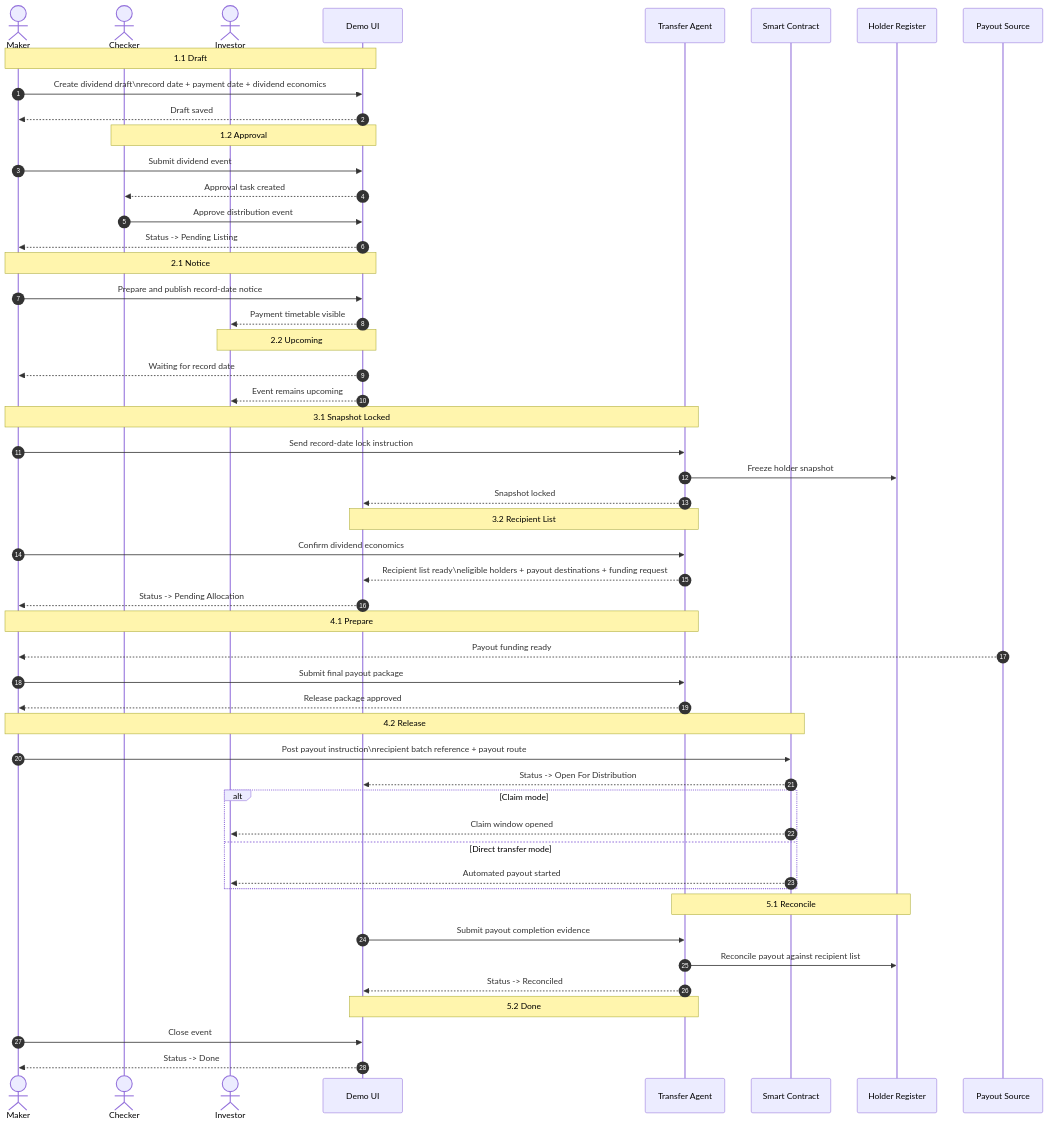
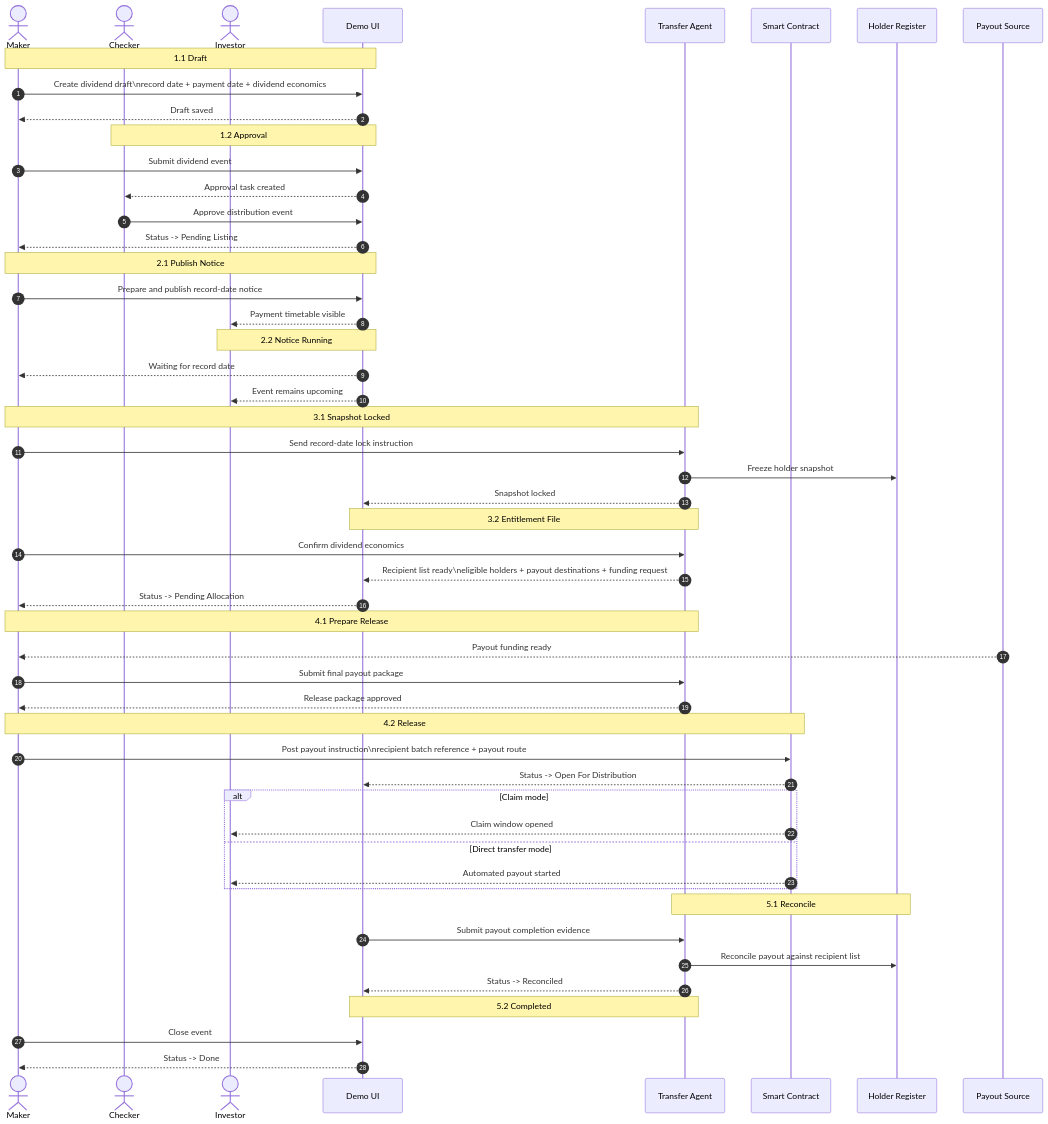
The fifth of 6 diagrams in 05_Architecture/Diagrams/ARCH - Fund Lifecycle Sequence Diagrams.md (JohnLiuSCIE/fund-rwa-demo), drawn with Mermaid before and after one commit. The commit also changed other lines of this file and 3 other files, not shown here.

Commit message:
Align fund workflow sequence diagrams

````diff
--- a/05_Architecture/Diagrams/ARCH - Fund Lifecycle Sequence Diagrams.md
+++ b/05_Architecture/Diagrams/ARCH - Fund Lifecycle Sequence Diagrams.md
@@ -284,63 +283,63 @@
 ```mermaid
 sequenceDiagram
     autonumber
     actor Maker as Maker
     actor Checker as Checker
     actor Investor as Investor
     participant UI as Demo UI
     participant TA as Transfer Agent
     participant Chain as Smart Contract
     participant Register as Holder Register
     participant Treasury as Payout Source
 
     note over Maker,UI: 1.1 Draft
     Maker->>UI: Create dividend draft\nrecord date + payment date + dividend economics
     UI-->>Maker: Draft saved
 
     note over Checker,UI: 1.2 Approval
     Maker->>UI: Submit dividend event
     UI-->>Checker: Approval task created
     Checker->>UI: Approve distribution event
     UI-->>Maker: Status -> Pending Listing
 
-    note over Maker,UI: 2.1 Notice
+    note over Maker,UI: 2.1 Publish Notice
     Maker->>UI: Prepare and publish record-date notice
     UI-->>Investor: Payment timetable visible
 
-    note over UI,Investor: 2.2 Upcoming
+    note over UI,Investor: 2.2 Notice Running
     UI-->>Maker: Waiting for record date
     UI-->>Investor: Event remains upcoming
 
     note over Maker,TA: 3.1 Snapshot Locked
     Maker->>TA: Send record-date lock instruction
     TA->>Register: Freeze holder snapshot
     TA-->>UI: Snapshot locked
 
-    note over TA,UI: 3.2 Recipient List
+    note over TA,UI: 3.2 Entitlement File
     Maker->>TA: Confirm dividend economics
     TA-->>UI: Recipient list ready\neligible holders + payout destinations + funding request
     UI-->>Maker: Status -> Pending Allocation
 
-    note over Maker,TA: 4.1 Prepare
+    note over Maker,TA: 4.1 Prepare Release
     Treasury-->>Maker: Payout funding ready
     Maker->>TA: Submit final payout package
     TA-->>Maker: Release package approved
 
     note over Maker,Chain: 4.2 Release
     Maker->>Chain: Post payout instruction\nrecipient batch reference + payout route
     Chain-->>UI: Status -> Open For Distribution
     alt Claim mode
         Chain-->>Investor: Claim window opened
     else Direct transfer mode
         Chain-->>Investor: Automated payout started
     end
 
     note over TA,Register: 5.1 Reconcile
     UI->>TA: Submit payout completion evidence
     TA->>Register: Reconcile payout against recipient list
     TA-->>UI: Status -> Reconciled
 
-    note over TA,UI: 5.2 Done
+    note over TA,UI: 5.2 Completed
     Maker->>UI: Close event
     UI-->>Maker: Status -> Done
 ```
````
